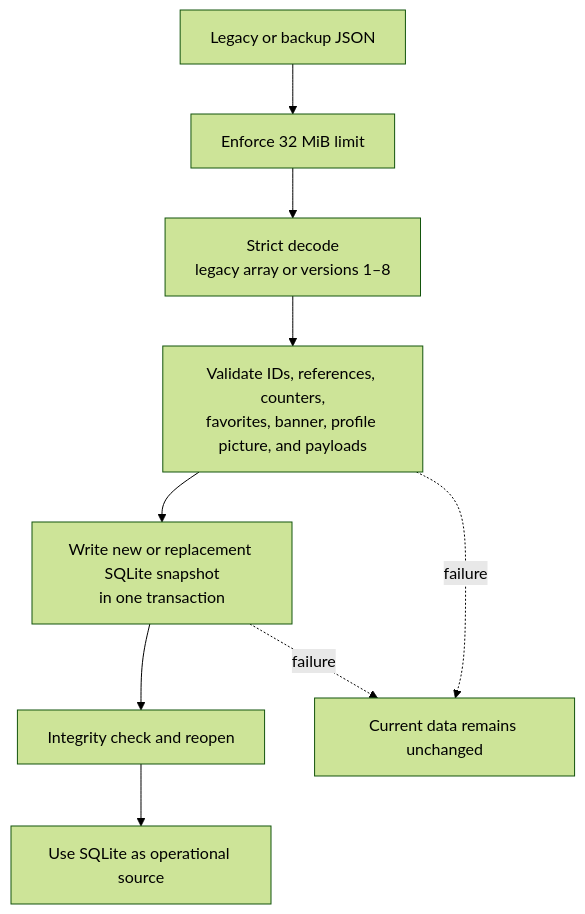
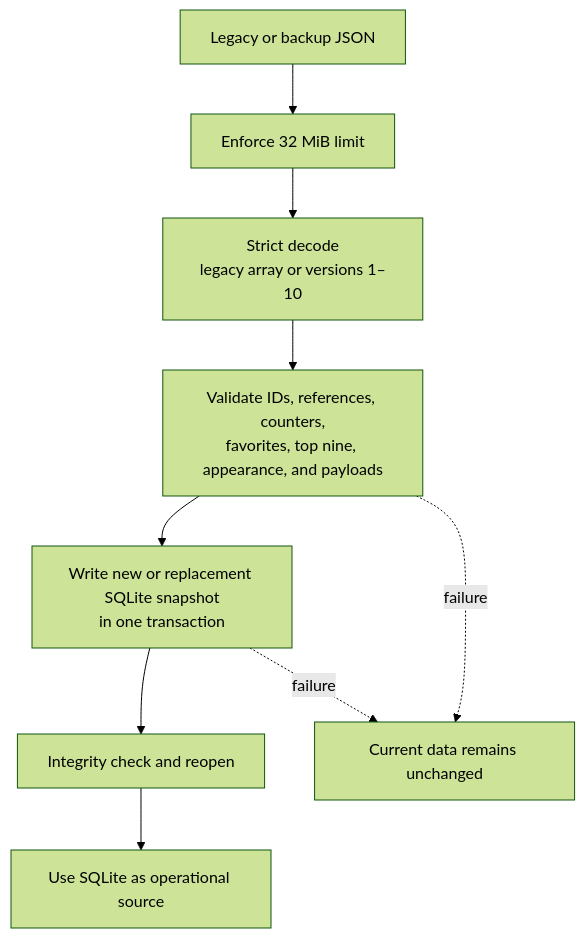
Before and after one commit to GMkonan/honne: the fourth of 5 diagrams in DIAGRAMS.MD, drawn with Mermaid (forest theme). The commit also changed other lines of this file and 41 other files, not shown here.

Commit message:
feat: add library overview and separate favorites from top nine

````diff
--- a/DIAGRAMS.MD
+++ b/DIAGRAMS.MD
@@ -117,12 +124,12 @@
 ```mermaid
 flowchart TD
     Input[Legacy or backup JSON] --> Limit[Enforce 32 MiB limit]
-    Limit --> Decode[Strict decode\nlegacy array or versions 1–8]
-    Decode --> Validate[Validate IDs, references, counters,\nfavorites, banner, profile picture, and payloads]
+    Limit --> Decode[Strict decode\nlegacy array or versions 1–10]
+    Decode --> Validate[Validate IDs, references, counters,\nfavorites, top nine, appearance, and payloads]
     Validate --> Tx[Write new or replacement SQLite snapshot\nin one transaction]
     Tx --> Integrity[Integrity check and reopen]
     Integrity --> Ready[Use SQLite as operational source]
 
     Validate -. failure .-> Unchanged[Current data remains unchanged]
     Tx -. failure .-> Unchanged
 ```
````
